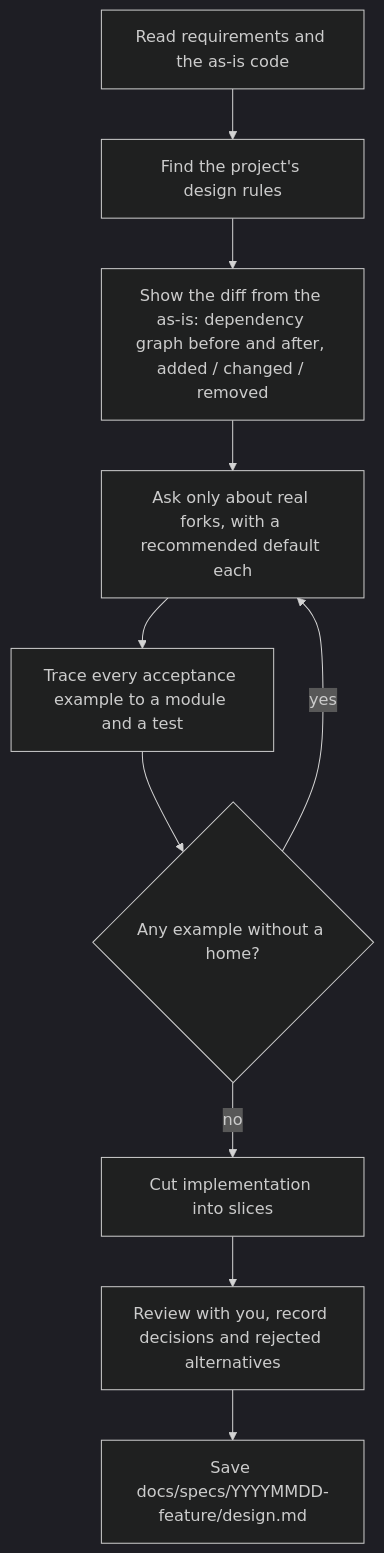
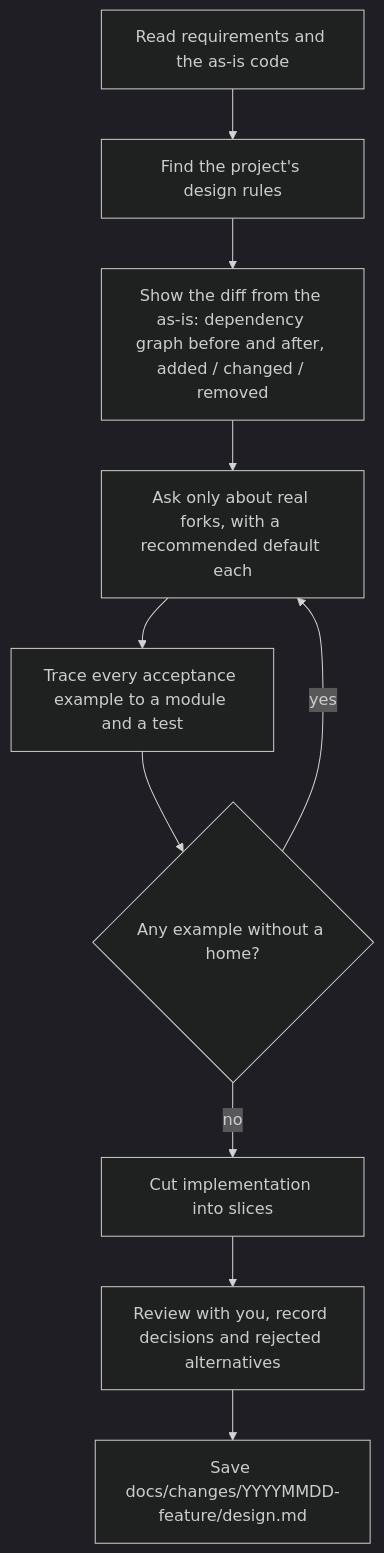
One commit to syakoo/sdf-skills changed the second of 3 diagrams in README.md. Above: the diagram before and after it, drawn with Mermaid (dark theme). The commit also changed other lines of this file and 2 other files, not shown here.

First line of the commit message:
feat: save sdf documents under docs/changes by default

````diff
--- a/README.md
+++ b/README.md
@@ -50,12 +50,12 @@
 ```mermaid
 flowchart TD
   A["Read requirements and the as-is code"] --> B["Find the project's design rules"]
   B --> C["Show the diff from the as-is: dependency graph before and after, added / changed / removed"]
   C --> D["Ask only about real forks, with a recommended default each"]
   D --> E["Trace every acceptance example to a module and a test"]
   E --> F{"Any example without a home?"}
   F -- yes --> D
   F -- no --> G["Cut implementation into slices"]
   G --> H["Review with you, record decisions and rejected alternatives"]
-  H --> I["Save docs/specs/YYYYMMDD-feature/design.md"]
+  H --> I["Save docs/changes/YYYYMMDD-feature/design.md"]
 ```
````
